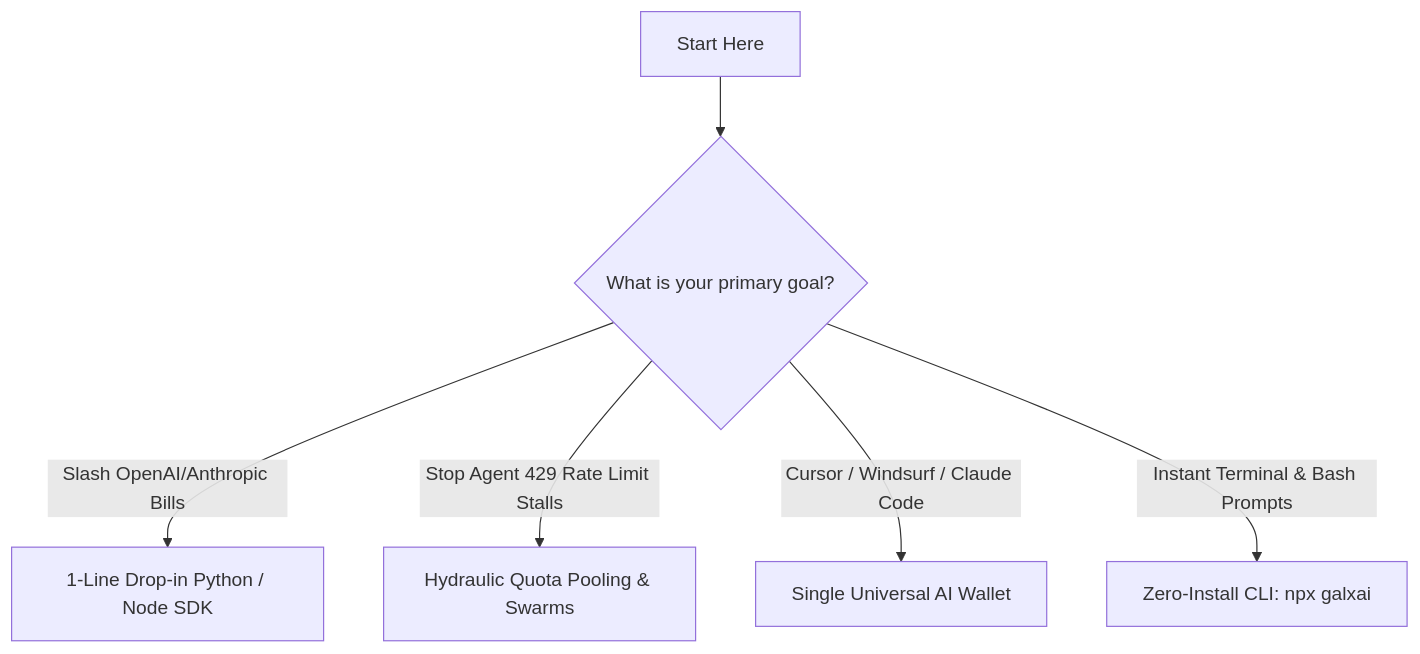
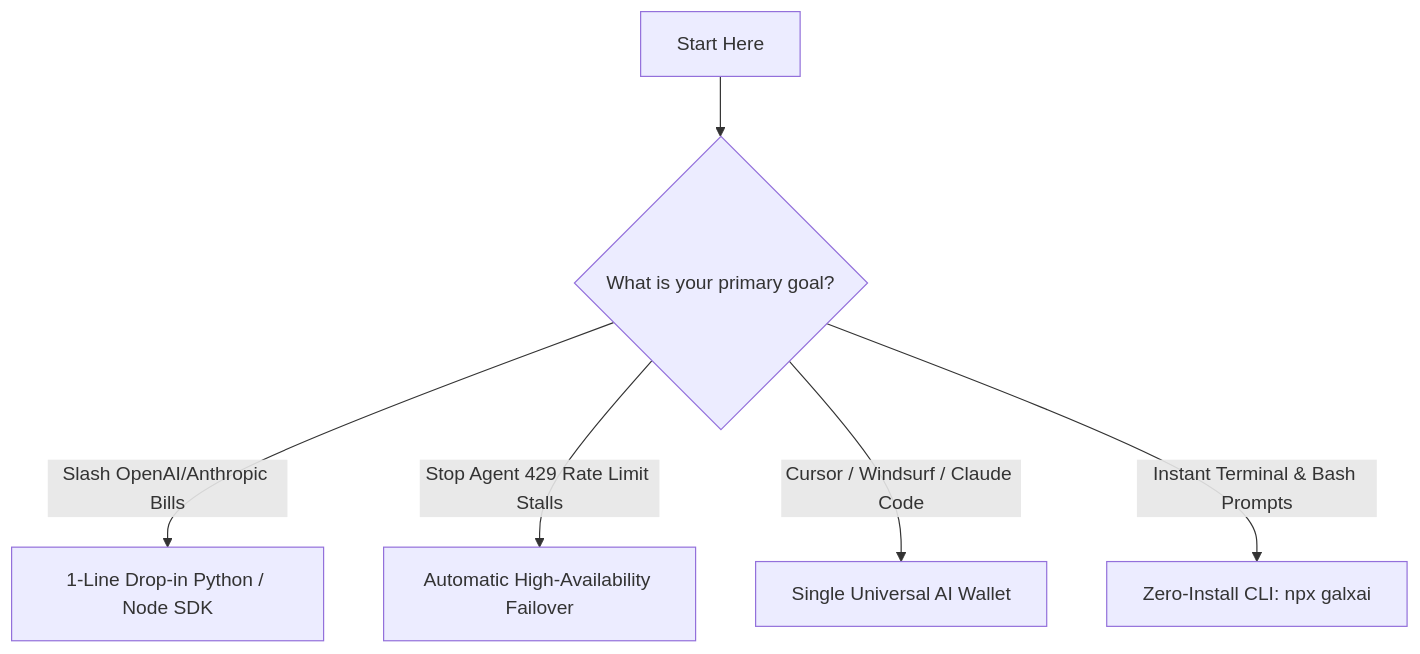
Before and after one commit to CardSorting/GALXAI: the diagram in docs/QUICKSTART.md, drawn with Mermaid. The commit also changed other lines of this file and 18 other files, not shown here.

````diff
--- a/docs/QUICKSTART.md
+++ b/docs/QUICKSTART.md
@@ -9,8 +9,8 @@
 ```mermaid
 graph TD
     A[Start Here] --> B{What is your primary goal?}
     B -->|Slash OpenAI/Anthropic Bills| C[1-Line Drop-in Python / Node SDK]
-    B -->|Stop Agent 429 Rate Limit Stalls| D[Hydraulic Quota Pooling & Swarms]
+    B -->|Stop Agent 429 Rate Limit Stalls| D[Automatic High-Availability Failover]
     B -->|Cursor / Windsurf / Claude Code| E[Single Universal AI Wallet]
     B -->|Instant Terminal & Bash Prompts| F[Zero-Install CLI: npx galxai]
 ```
````
